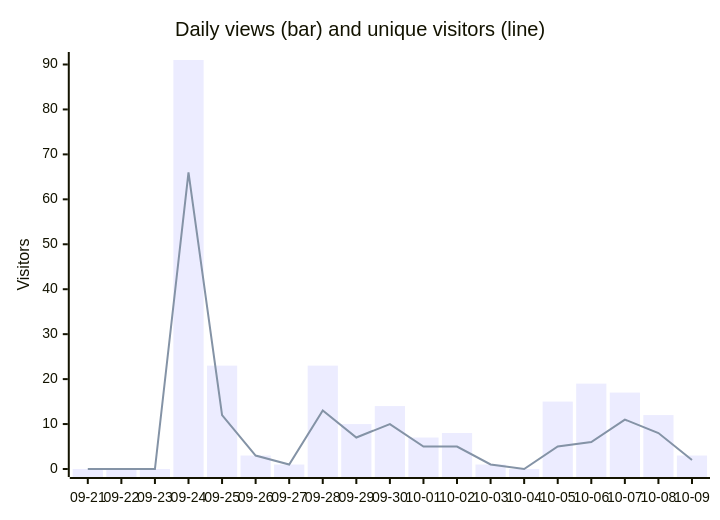
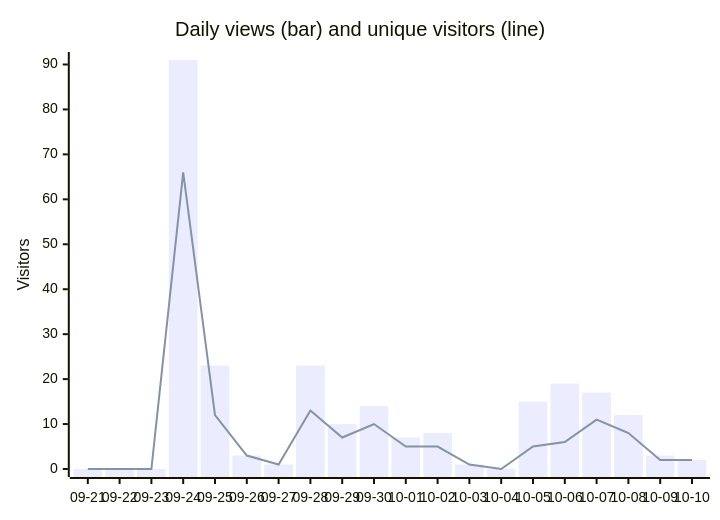
Before and after one commit to babson44/azure-vm-modernization-toolkit: the first of 2 diagrams in metrics/DASHBOARD.md, drawn with Mermaid. The commit also changed other lines of this file and 2 other files, not shown here.

````diff
--- a/metrics/DASHBOARD.md
+++ b/metrics/DASHBOARD.md
@@ -18,8 +18,8 @@
 ```mermaid
 xychart-beta
     title "Daily views (bar) and unique visitors (line)"
-    x-axis [09-21, 09-22, 09-23, 09-24, 09-25, 09-26, 09-27, 09-28, 09-29, 09-30, 10-01, 10-02, 10-03, 10-04, 10-05, 10-06, 10-07, 10-08, 10-09]
+    x-axis [09-21, 09-22, 09-23, 09-24, 09-25, 09-26, 09-27, 09-28, 09-29, 09-30, 10-01, 10-02, 10-03, 10-04, 10-05, 10-06, 10-07, 10-08, 10-09, 10-10]
     y-axis "Visitors" 0 --> 91
-    bar [0, 0, 0, 91, 23, 3, 1, 23, 10, 14, 7, 8, 1, 0, 15, 19, 17, 12, 3]
-    line [0, 0, 0, 66, 12, 3, 1, 13, 7, 10, 5, 5, 1, 0, 5, 6, 11, 8, 2]
+    bar [0, 0, 0, 91, 23, 3, 1, 23, 10, 14, 7, 8, 1, 0, 15, 19, 17, 12, 3, 2]
+    line [0, 0, 0, 66, 12, 3, 1, 13, 7, 10, 5, 5, 1, 0, 5, 6, 11, 8, 2, 2]
 ```
````
